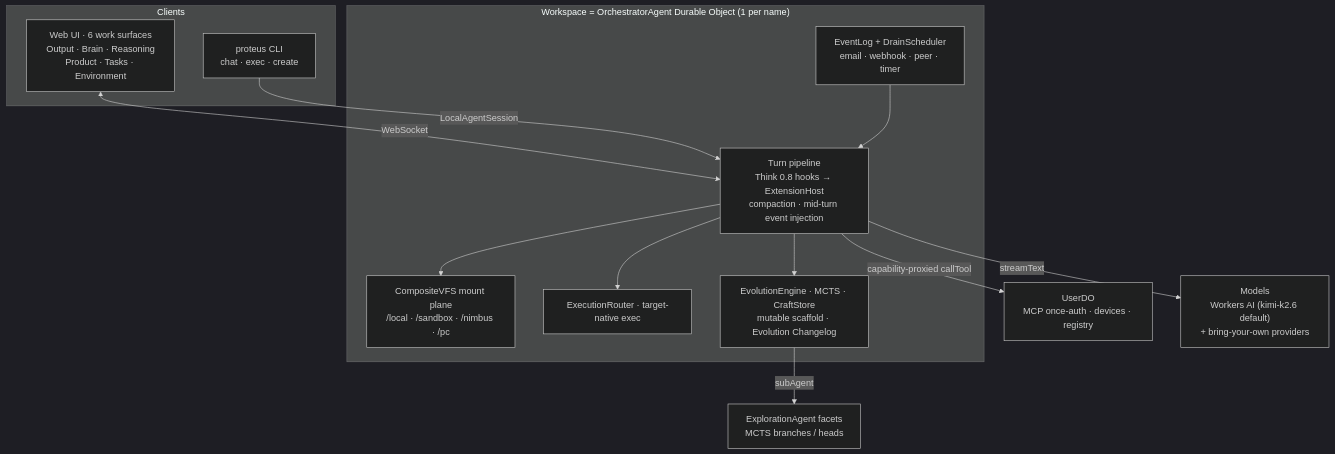
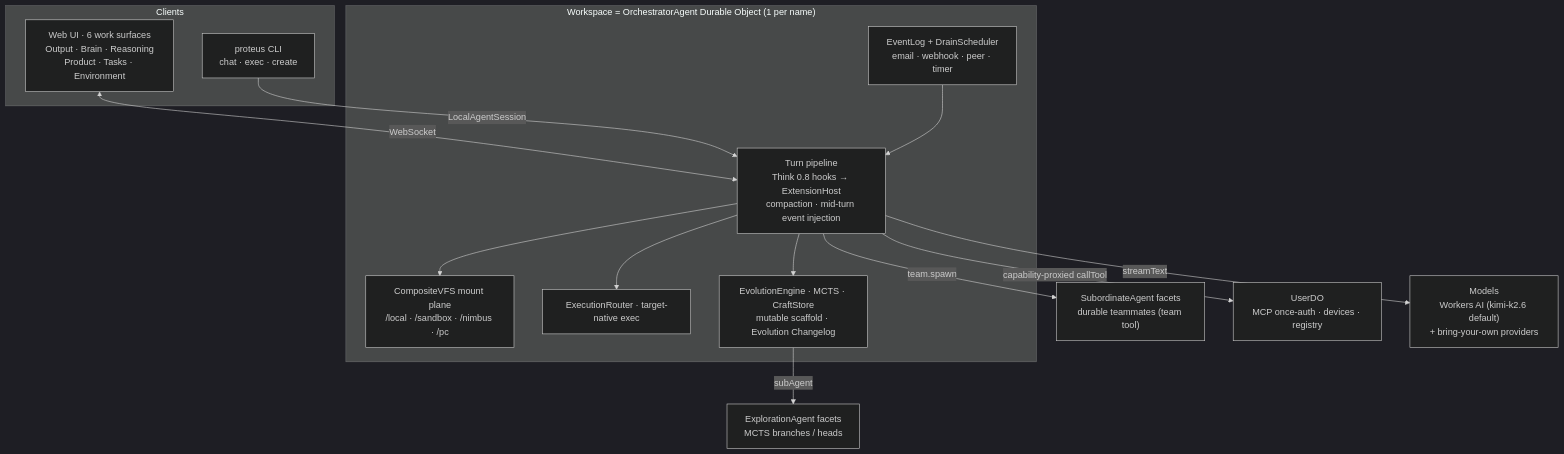
Before and after one commit to AshishKumar4/Proteus: the diagram in README.md, drawn with Mermaid (dark theme). The commit also changed other lines of this file, not shown here.

First line of the commit message:
docs: refresh README architecture and tool count

````diff
--- a/README.md
+++ b/README.md
@@ -13,29 +13,31 @@
 ```mermaid
 graph TB
     subgraph Clients
         UI["Web UI · 6 work surfaces<br/>Output · Brain · Reasoning<br/>Product · Tasks · Environment"]
         CLI["proteus CLI<br/>chat · exec · create"]
     end
 
     subgraph WS["Workspace = OrchestratorAgent Durable Object (1 per name)"]
         Turn["Turn pipeline<br/>Think 0.8 hooks → ExtensionHost<br/>compaction · mid-turn event injection"]
         VFS["CompositeVFS mount plane<br/>/local · /sandbox · /nimbus · /pc"]
         Exec["ExecutionRouter · target-native exec"]
         Evo["EvolutionEngine · MCTS · CraftStore<br/>mutable scaffold · Evolution Changelog"]
         Events["EventLog + DrainScheduler<br/>email · webhook · peer · timer"]
     end
 
     Heads["ExplorationAgent facets<br/>MCTS branches / heads"]
+    Subs["SubordinateAgent facets<br/>durable teammates (team tool)"]
     UserDO["UserDO<br/>MCP once-auth · devices · registry"]
     Model["Models<br/>Workers AI (kimi-k2.6 default)<br/>+ bring-your-own providers"]
 
     UI <-->|WebSocket| Turn
     CLI -->|LocalAgentSession| Turn
     Turn --> VFS
     Turn --> Exec
     Turn --> Evo
     Events --> Turn
     Evo -->|subAgent| Heads
+    Turn -->|team.spawn| Subs
     Turn -->|capability-proxied callTool| UserDO
     Turn -->|streamText| Model
 ```
````
